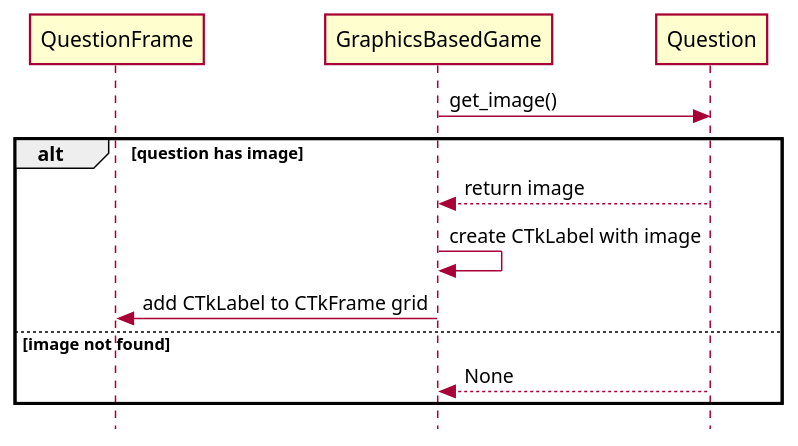
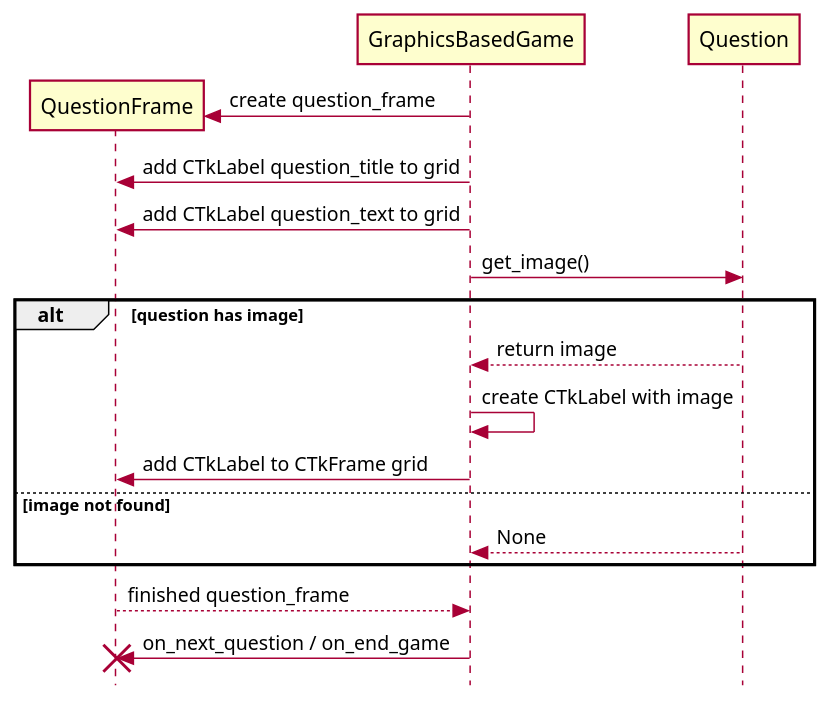
Before and after one commit to killuari/quiz_game_ctk: the diagram in diagrams/questions_with_images_sequence_diagram.puml, drawn with PlantUML. The commit also changed 4 other files, not shown here.

```diff
--- a/diagrams/questions_with_images_sequence_diagram.puml
+++ b/diagrams/questions_with_images_sequence_diagram.puml
@@ -1,19 +1,25 @@
 @startuml
 skin rose
 skinparam style strictuml
 
 participant QuestionFrame
 participant GraphicsBasedGame
 participant Question
 
+create QuestionFrame
+GraphicsBasedGame -> QuestionFrame: create question_frame
+GraphicsBasedGame -> QuestionFrame: add CTkLabel question_title to grid
+GraphicsBasedGame -> QuestionFrame: add CTkLabel question_text to grid
 GraphicsBasedGame -> Question: get_image()
 alt question has image
     Question --> GraphicsBasedGame: return image
     GraphicsBasedGame -> GraphicsBasedGame: create CTkLabel with image
     GraphicsBasedGame -> QuestionFrame: add CTkLabel to CTkFrame grid
 else image not found
     Question --> GraphicsBasedGame: None
-
 end 
+QuestionFrame --> GraphicsBasedGame: finished question_frame
+GraphicsBasedGame -> QuestionFrame: on_next_question / on_end_game
+destroy QuestionFrame
 
 @enduml
```
